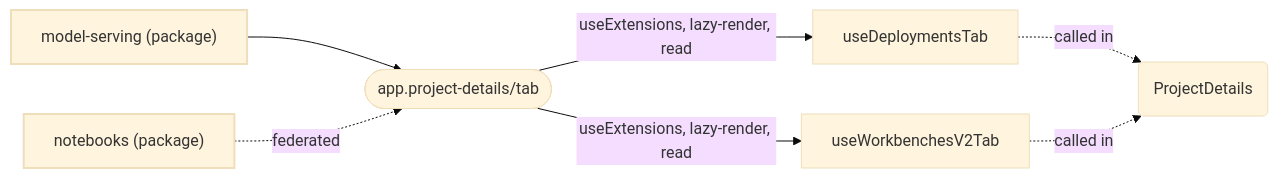
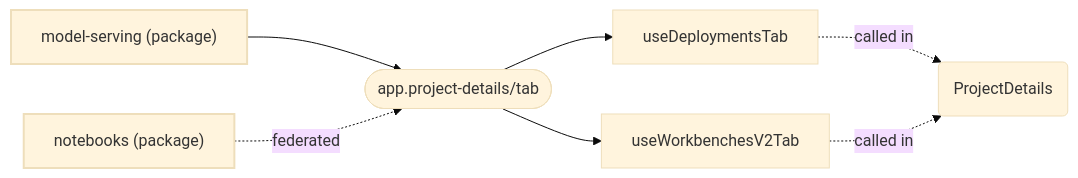
The eighth of 16 diagrams in packages/plugin-core/docs/extensions.md (mturley/odh-dashboard), drawn with Mermaid (base theme) before and after one commit. The commit also changed other lines of this file and 28 other files, not shown here.

````diff
--- a/packages/plugin-core/docs/extensions.md
+++ b/packages/plugin-core/docs/extensions.md
@@ -868,17 +761,17 @@
 ```mermaid
 flowchart LR
   classDef pkg stroke-width:2px
   classDef point stroke-width:1px
   n_pkg__odh_dashboard_model_serving_d0bfea["model-serving (package)"]:::pkg
   n_pkg__odh_dashboard_notebooks_458f10["notebooks (package)"]:::pkg
   n_app_project_details_tab_621c38(["app.project-details/tab"]):::point
   n_pkg__odh_dashboard_model_serving_d0bfea --> n_app_project_details_tab_621c38
   n_pkg__odh_dashboard_notebooks_458f10 -. "federated" .-> n_app_project_details_tab_621c38
   n_symbol_frontend_src_concepts_projects_projectDetails_useDeploymentsTab_tsx_useDeploymentsTab_9fb59c["useDeploymentsTab"]
-  n_app_project_details_tab_621c38 -- "useExtensions, lazy-render, read" --> n_symbol_frontend_src_concepts_projects_projectDetails_useDeploymentsTab_tsx_useDeploymentsTab_9fb59c
+  n_app_project_details_tab_621c38 --> n_symbol_frontend_src_concepts_projects_projectDetails_useDeploymentsTab_tsx_useDeploymentsTab_9fb59c
   n_symbol_frontend_src_concepts_projects_projectDetails_useWorkbenchesV2Tab_tsx_useWorkbenchesV2Tab_e5f590["useWorkbenchesV2Tab"]
-  n_app_project_details_tab_621c38 -- "useExtensions, lazy-render, read" --> n_symbol_frontend_src_concepts_projects_projectDetails_useWorkbenchesV2Tab_tsx_useWorkbenchesV2Tab_e5f590
+  n_app_project_details_tab_621c38 --> n_symbol_frontend_src_concepts_projects_projectDetails_useWorkbenchesV2Tab_tsx_useWorkbenchesV2Tab_e5f590
   n_symbol_frontend_src_pages_projects_screens_detail_ProjectDetails_tsx_ProjectDetails_2a7cef("ProjectDetails")
   n_symbol_frontend_src_concepts_projects_projectDetails_useDeploymentsTab_tsx_useDeploymentsTab_9fb59c -. "called in" .-> n_symbol_frontend_src_pages_projects_screens_detail_ProjectDetails_tsx_ProjectDetails_2a7cef
   n_symbol_frontend_src_concepts_projects_projectDetails_useWorkbenchesV2Tab_tsx_useWorkbenchesV2Tab_e5f590 -. "called in" .-> n_symbol_frontend_src_pages_projects_screens_detail_ProjectDetails_tsx_ProjectDetails_2a7cef
 ```
````
